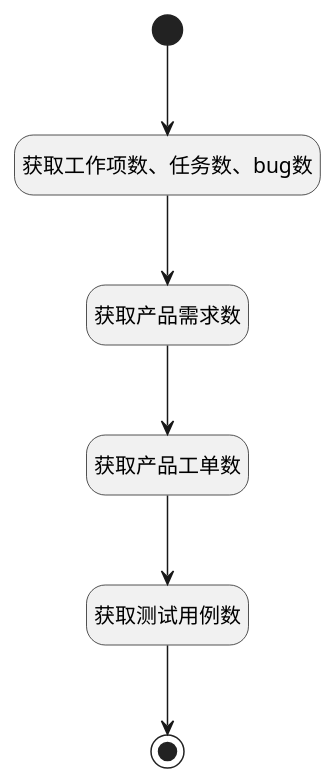
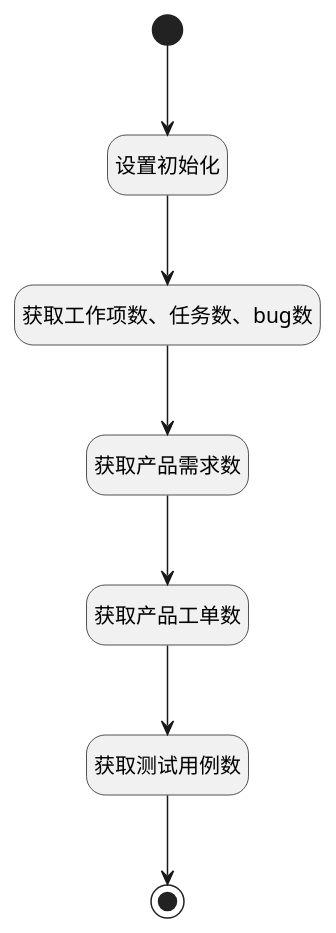
The diagram in doc/docsify/module/Base/recent/logic/my_summary.md (iBizLab/plm), drawn with PlantUML before and after one commit. The commit also changed other lines of this file and 1276 other files, not shown here.

````diff
--- a/doc/docsify/module/Base/recent/logic/my_summary.md
+++ b/doc/docsify/module/Base/recent/logic/my_summary.md
@@ -7,27 +7,29 @@
 ```plantuml
 @startuml
 hide empty description
 <style>
 root {
   HyperlinkColor #42b983
 }
 </style>
 
 hide empty description
 state "开始" as Begin <<start>> [[$./my_summary#begin {"开始"}]]
 state "结束" as END1 <<end>> [[$./my_summary#end1 {"结束"}]]
+state "设置初始化" as PREPAREPARAM1  [[$./my_summary#prepareparam1 {"设置初始化"}]]
 state "获取工作项数、任务数、bug数" as RAWSQLCALL1  [[$./my_summary#rawsqlcall1 {"获取工作项数、任务数、bug数"}]]
 state "获取产品需求数" as RAWSQLCALL2  [[$./my_summary#rawsqlcall2 {"获取产品需求数"}]]
 state "获取产品工单数" as RAWSQLCALL4  [[$./my_summary#rawsqlcall4 {"获取产品工单数"}]]
 state "获取测试用例数" as RAWSQLCALL3  [[$./my_summary#rawsqlcall3 {"获取测试用例数"}]]
 
 
-Begin --> RAWSQLCALL1
+Begin --> PREPAREPARAM1
+PREPAREPARAM1 --> RAWSQLCALL1
 RAWSQLCALL1 --> RAWSQLCALL2
 RAWSQLCALL2 --> RAWSQLCALL4
 RAWSQLCALL4 --> RAWSQLCALL3
 RAWSQLCALL3 --> END1
 
 
 @enduml
 ```
````
